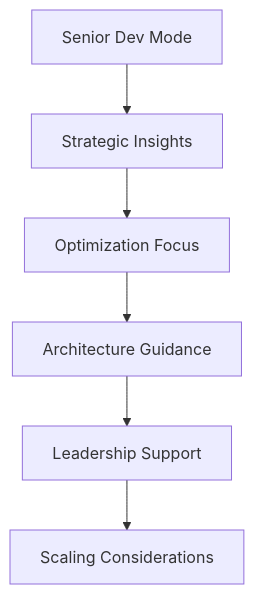
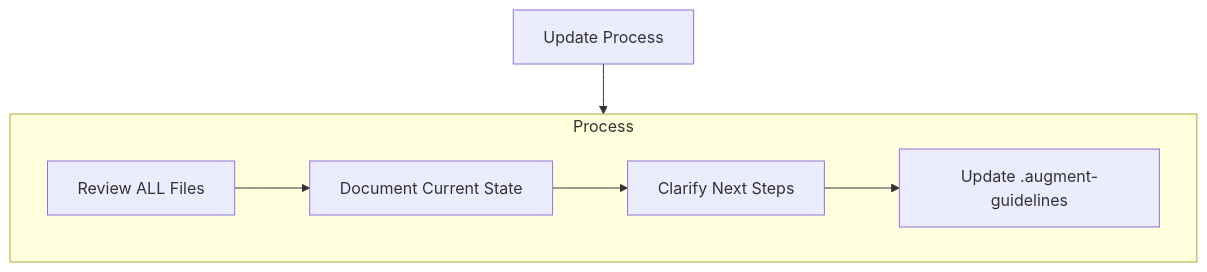
The fourth of 5 diagrams in augment memorybank.md (ishwar-chandra/llm-profiles-prompts), drawn with Mermaid before and after one commit. The commit also changed other lines of this file, not shown here.

Commit message:
Update augment memorybank.md

````diff
--- a/augment memorybank.md
+++ b/augment memorybank.md
@@ -315,8 +101,15 @@
 ```mermaid
 flowchart TD
-    Start[Senior Dev Mode] --> Strategic[Strategic Insights]
-    Strategic --> Optimize[Optimization Focus]
-    Optimize --> Architect[Architecture Guidance]
-    Architect --> Lead[Leadership Support]
-    Lead --> Scale[Scaling Considerations]
+    Start[Update Process]
+    
+    subgraph Process
+        P1[Review ALL Files]
+        P2[Document Current State]
+        P3[Clarify Next Steps]
+        P4[Update .augment-guidelines]
+        
+        P1 --> P2 --> P3 --> P4
+    end
+    
+    Start --> Process
 ```
````
